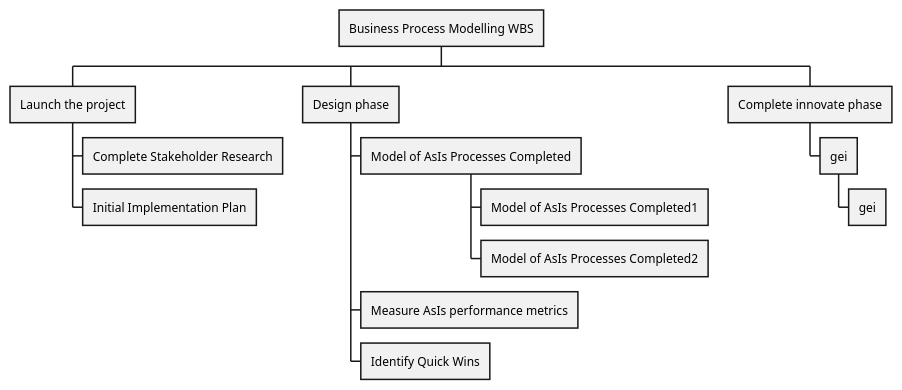
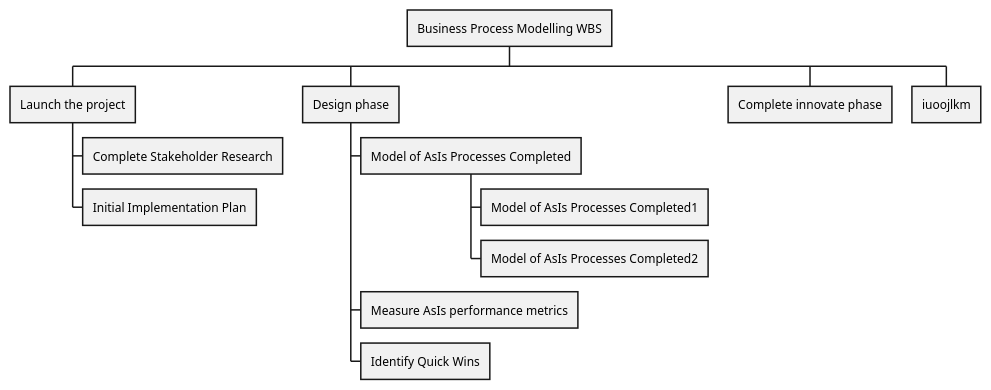
One commit to facund015/codeRelatedObsidianNotes changed the diagram in 6to Semestre/Reto/TESTS.md. Above: the diagram before and after it, drawn with PlantUML. The commit also changed 1 other file, not shown here.

Commit message:
vault backup: 2022-02-18 18:09:09

````diff
--- a/6to Semestre/Reto/TESTS.md
+++ b/6to Semestre/Reto/TESTS.md
@@ -1,20 +1,19 @@
 ```plantuml
 
 @startwbs
 * Business Process Modelling WBS
 ** Launch the project
 *** Complete Stakeholder Research
 *** Initial Implementation Plan
 ** Design phase
 *** Model of AsIs Processes Completed
 **** Model of AsIs Processes Completed1
 **** Model of AsIs Processes Completed2
 *** Measure AsIs performance metrics
 *** Identify Quick Wins
 ** Complete innovate phase
-*** gei
-**** gei
+** iuoojlkm
 @endwbs
 
 
 ```
````
